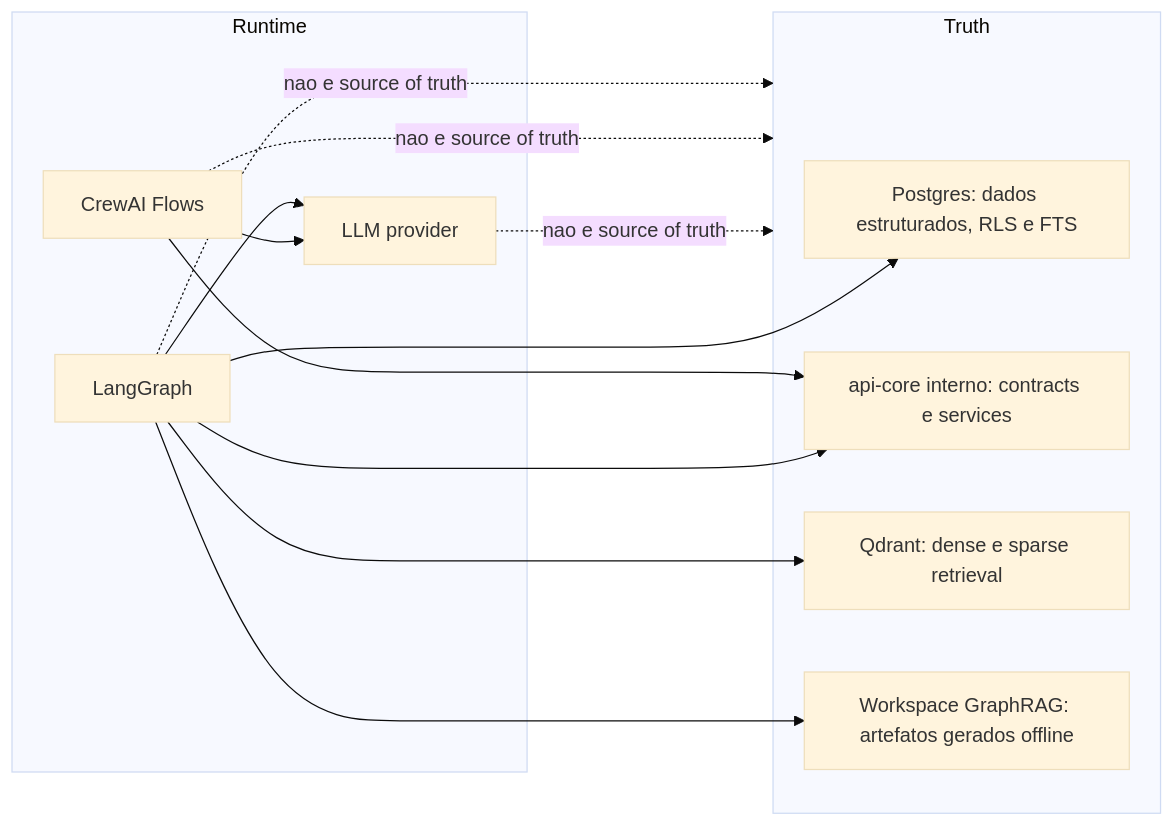
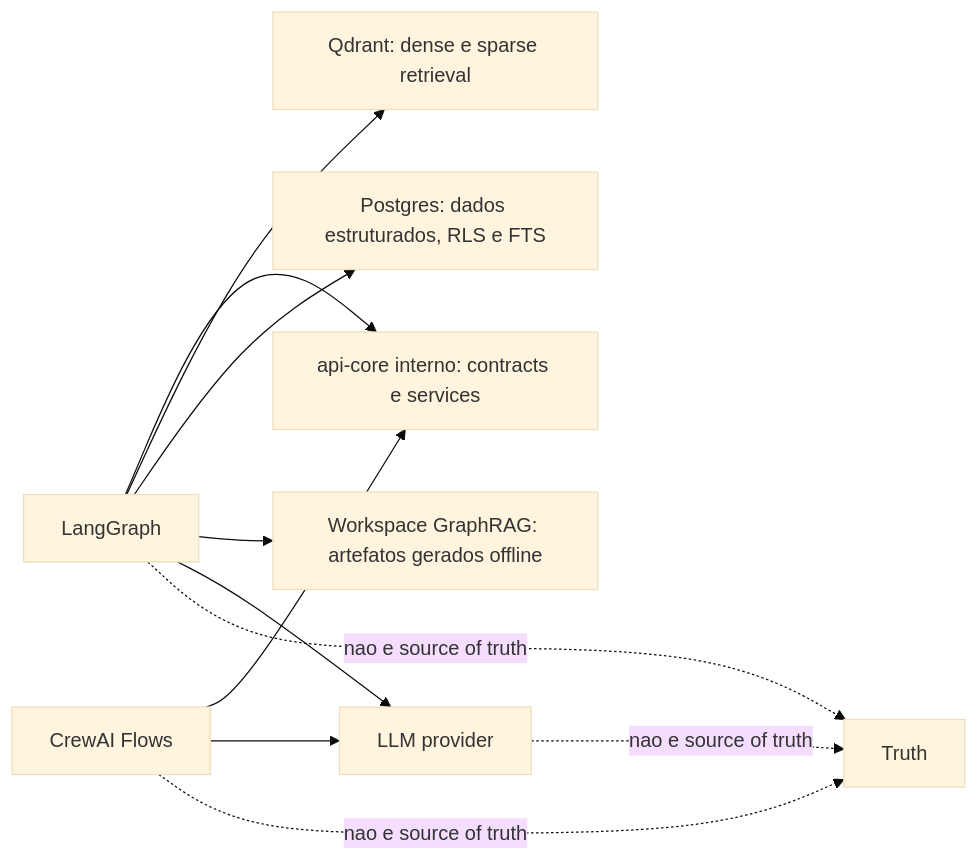
One commit to EliseuODaniel/eduassist-platform changed the third of 15 diagrams in docs/architecture/dual-stack-runtime-visual-guide.md. Above: the diagram before and after it, drawn with Mermaid (base theme). The commit also changed other lines of this file, not shown here.

Commit message:
Remove subgraph syntax from dual stack Mermaid guide

````diff
--- a/docs/architecture/dual-stack-runtime-visual-guide.md
+++ b/docs/architecture/dual-stack-runtime-visual-guide.md
@@ -68,27 +68,22 @@
 ```mermaid
 graph LR
-    subgraph Truth
-        PG["Postgres: dados estruturados, RLS e FTS"]
-        API["api-core interno: contracts e services"]
-        QD["Qdrant: dense e sparse retrieval"]
-        GR["Workspace GraphRAG: artefatos gerados offline"]
-    end
-
-    subgraph Runtime
-        LG["LangGraph"]
-        CE["CrewAI Flows"]
-        LLM["LLM provider"]
-    end
+    PG["Postgres: dados estruturados, RLS e FTS"]
+    API["api-core interno: contracts e services"]
+    QD["Qdrant: dense e sparse retrieval"]
+    GR["Workspace GraphRAG: artefatos gerados offline"]
+    LG["LangGraph"]
+    CE["CrewAI Flows"]
+    LLM["LLM provider"]
 
     LG --> API
     LG --> QD
     LG --> PG
     LG --> GR
     CE --> API
     CE --> LLM
     LG --> LLM
 
     LLM -. nao e source of truth .-> Truth
     CE -. nao e source of truth .-> Truth
     LG -. nao e source of truth .-> Truth
 ```
````
